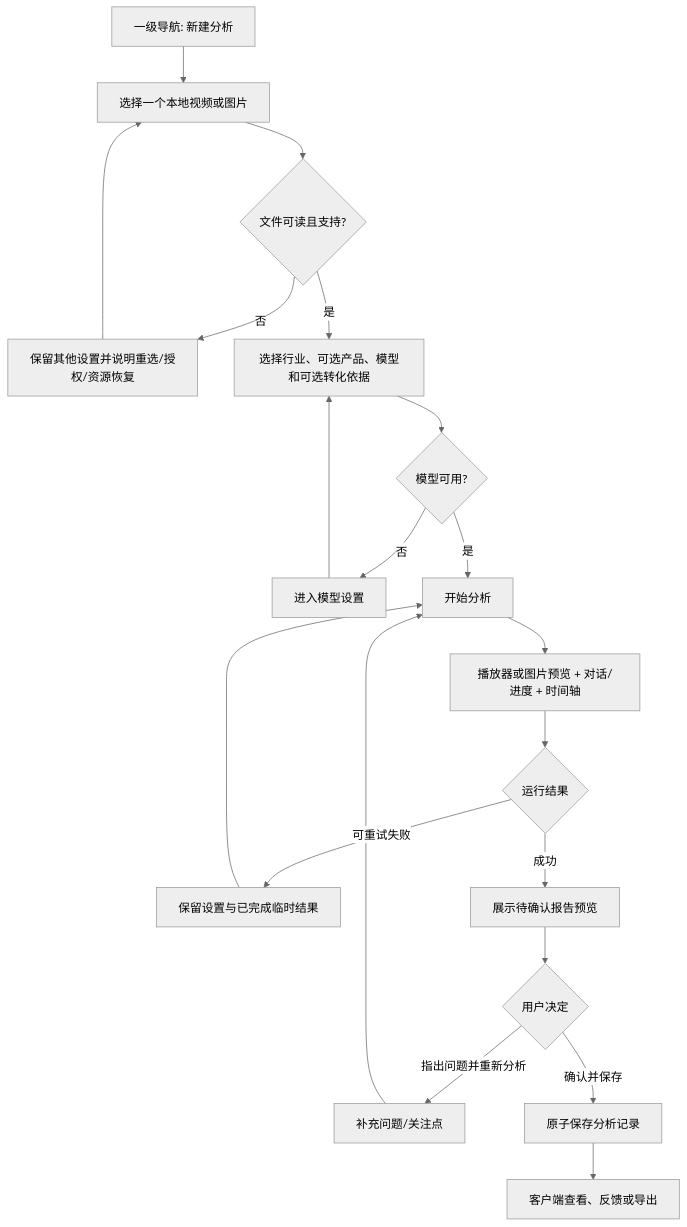
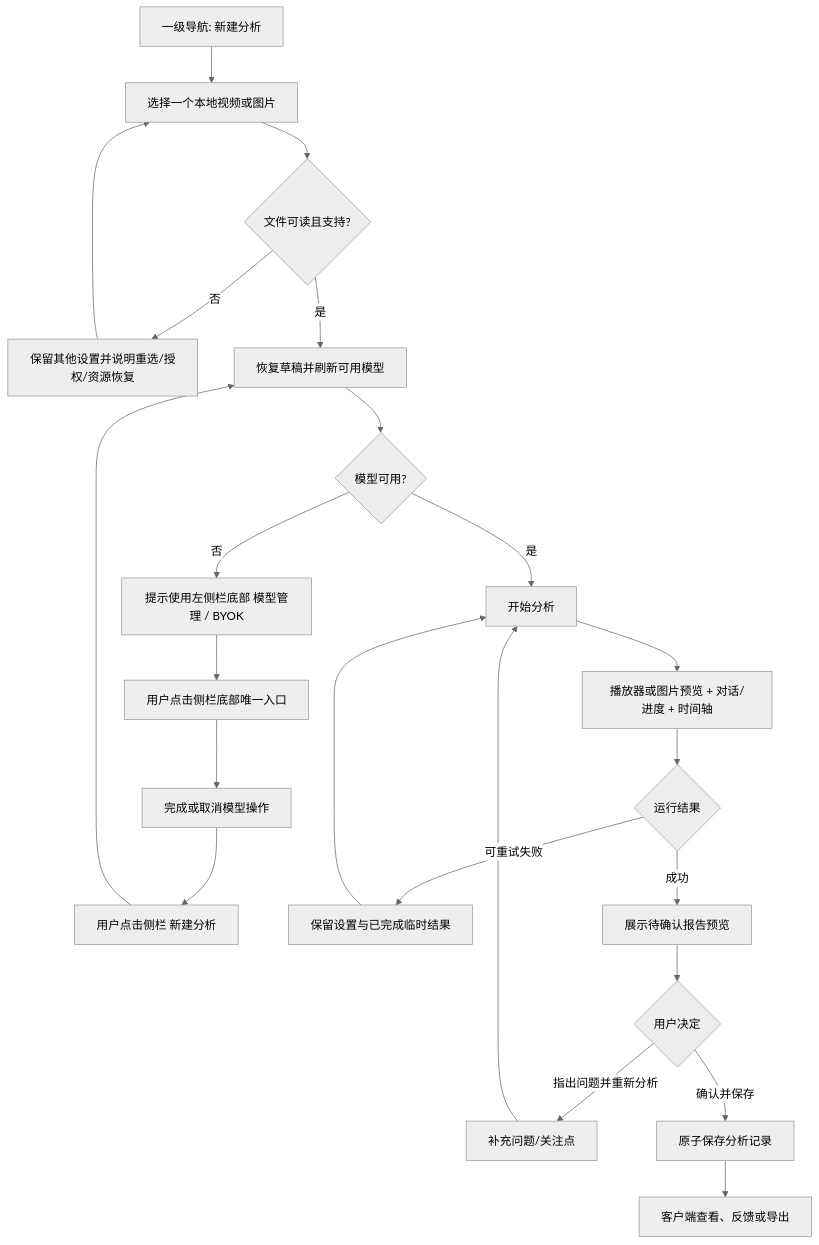
One commit to wzhic/material changed the first of 6 diagrams in docs/requirements/单素材分析-REQ-0005/单素材分析-REQ-0005-v1.0.md. Above: the diagram before and after it, drawn with Mermaid (neutral theme). The commit also changed other lines of this file and 4 other files, not shown here.

````diff
--- a/docs/requirements/单素材分析-REQ-0005/单素材分析-REQ-0005-v1.0.md
+++ b/docs/requirements/单素材分析-REQ-0005/单素材分析-REQ-0005-v1.0.md
@@ -376,22 +380,25 @@
 ```mermaid
 flowchart TD
     A[一级导航: 新建分析] --> B[选择一个本地视频或图片]
     B --> C{文件可读且支持?}
     C -- 否 --> D[保留其他设置并说明重选/授权/资源恢复]
     D --> B
     C -- 是 --> E[选择行业、可选产品、模型和可选转化依据]
     E --> F{模型可用?}
-    F -- 否 --> G[进入模型设置]
-    G --> E
+    F -- 否 --> G[提示使用左侧栏底部 模型管理 / BYOK]
+    G --> G1[用户点击侧栏底部唯一入口]
+    G1 --> G2[完成或取消模型操作]
+    G2 --> G3[用户点击侧栏 新建分析]
+    G3 --> E[恢复草稿并刷新可用模型]
     F -- 是 --> H[开始分析]
     H --> I[播放器或图片预览 + 对话/进度 + 时间轴]
     I --> J{运行结果}
     J -- 可重试失败 --> K[保留设置与已完成临时结果]
     K --> H
     J -- 成功 --> L[展示待确认报告预览]
     L --> M{用户决定}
     M -- 指出问题并重新分析 --> N[补充问题/关注点]
     N --> H
     M -- 确认并保存 --> O[原子保存分析记录]
     O --> P[客户端查看、反馈或导出]
 ```
````
